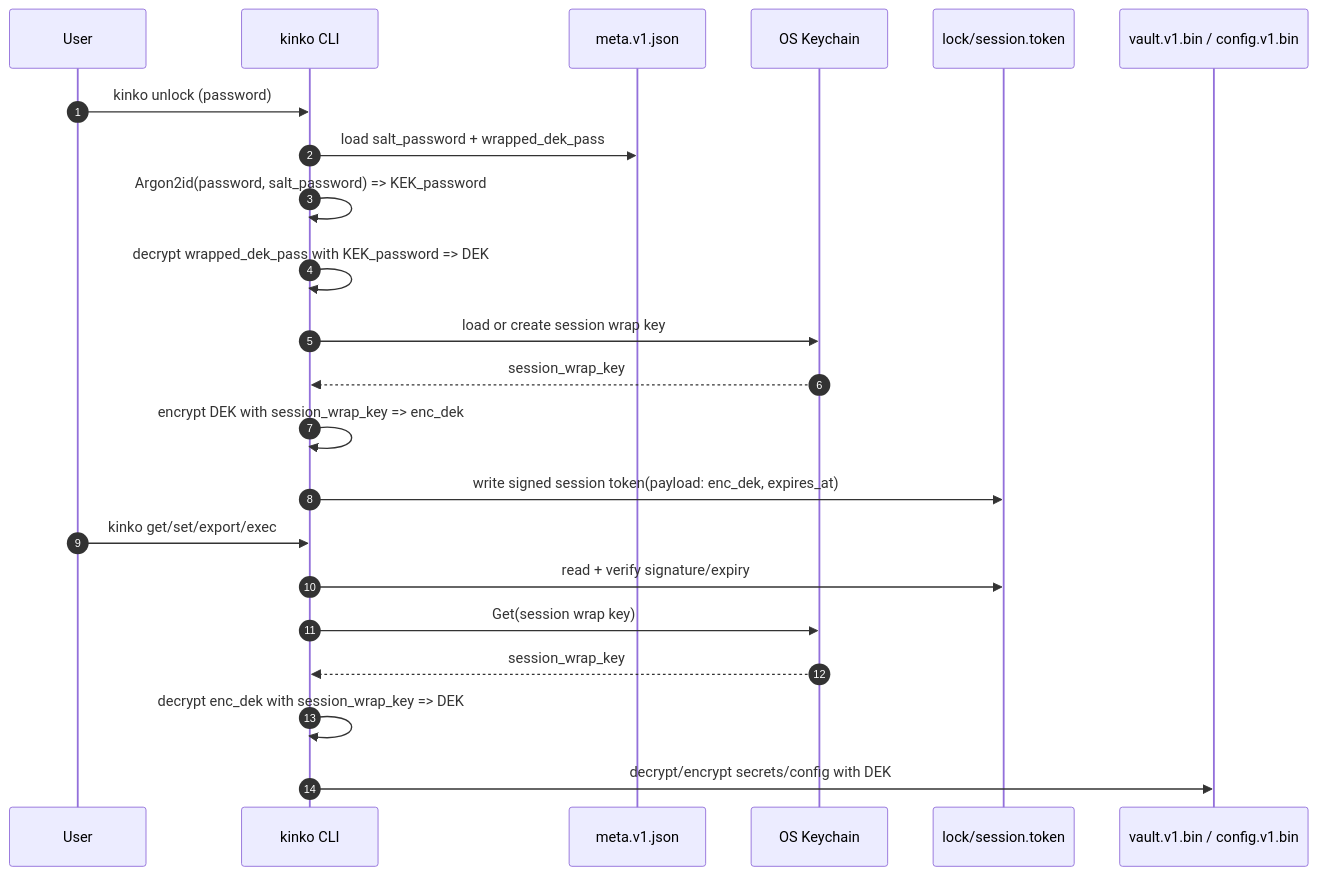
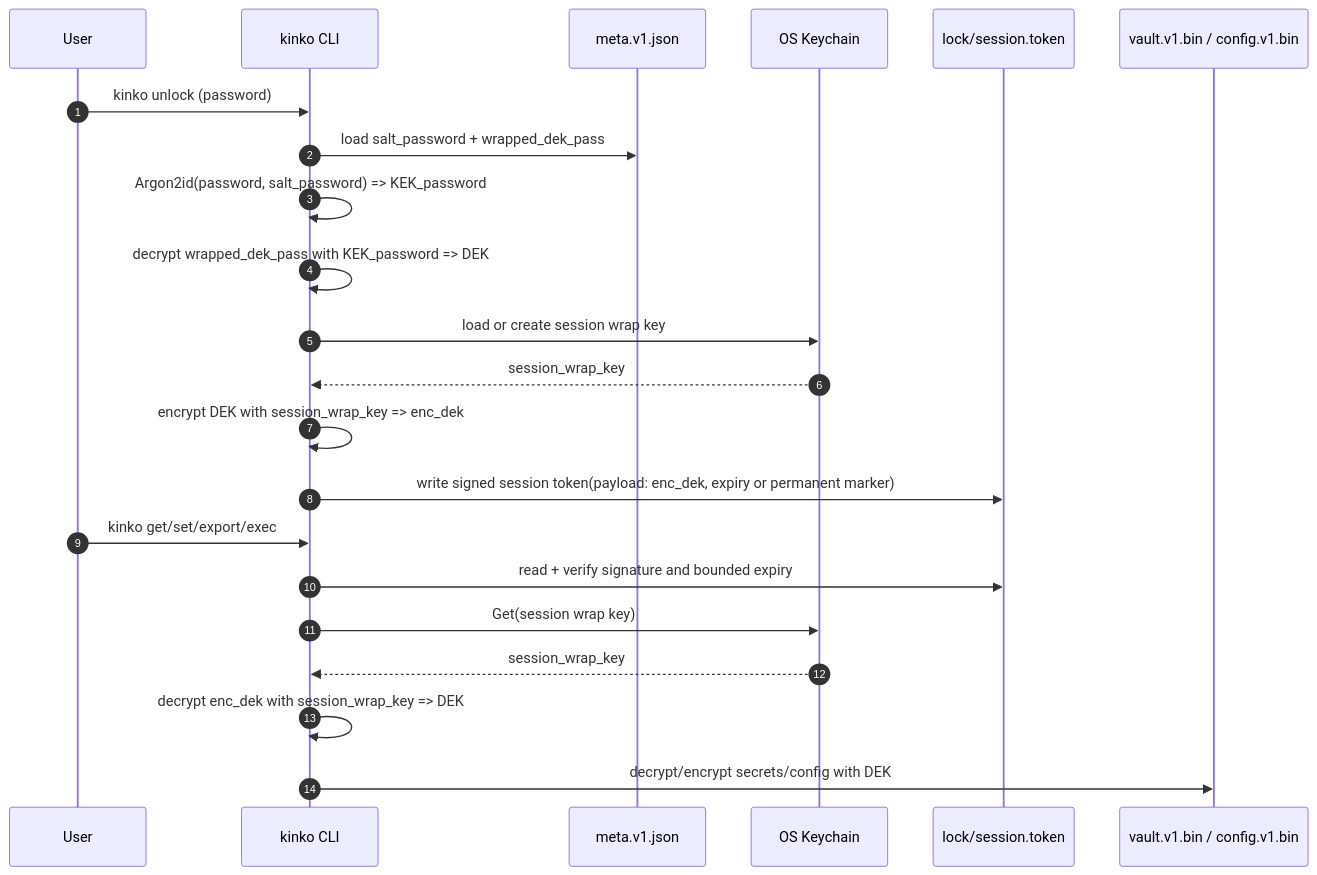
One commit to tacogips/kinko changed the second of 3 diagrams in README.md. Above: the diagram before and after it, drawn with Mermaid. The commit also changed other lines of this file and 18 other files, not shown here.

````diff
--- a/README.md
+++ b/README.md
@@ -197,26 +198,26 @@
 ```mermaid
 sequenceDiagram
     autonumber
     participant U as User
     participant C as kinko CLI
     participant M as meta.v1.json
     participant K as OS Keychain
     participant T as lock/session.token
     participant V as vault.v1.bin / config.v1.bin
 
     U->>C: kinko unlock (password)
     C->>M: load salt_password + wrapped_dek_pass
     C->>C: Argon2id(password, salt_password) => KEK_password
     C->>C: decrypt wrapped_dek_pass with KEK_password => DEK
     C->>K: load or create session wrap key
     K-->>C: session_wrap_key
     C->>C: encrypt DEK with session_wrap_key => enc_dek
-    C->>T: write signed session token(payload: enc_dek, expires_at)
+    C->>T: write signed session token(payload: enc_dek, expiry or permanent marker)
 
     U->>C: kinko get/set/export/exec
-    C->>T: read + verify signature/expiry
+    C->>T: read + verify signature and bounded expiry
     C->>K: Get(session wrap key)
     K-->>C: session_wrap_key
     C->>C: decrypt enc_dek with session_wrap_key => DEK
     C->>V: decrypt/encrypt secrets/config with DEK
 ```
````
